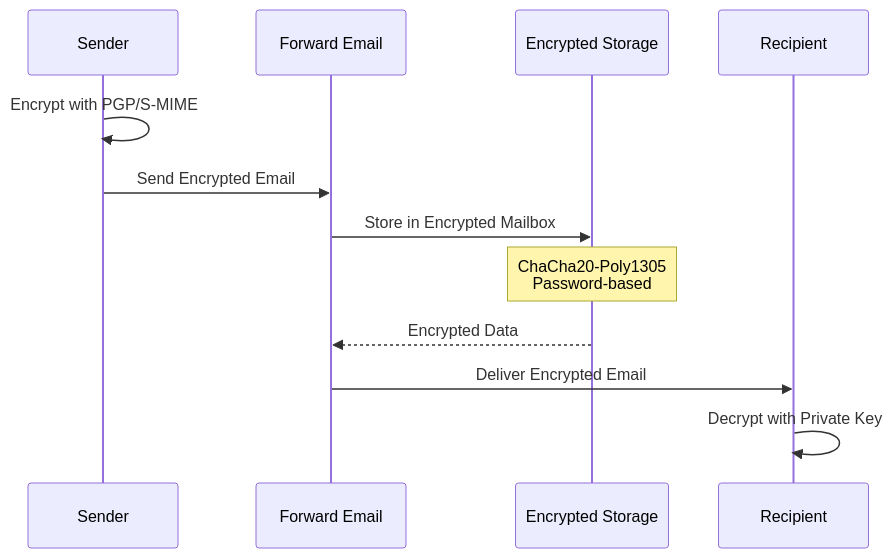
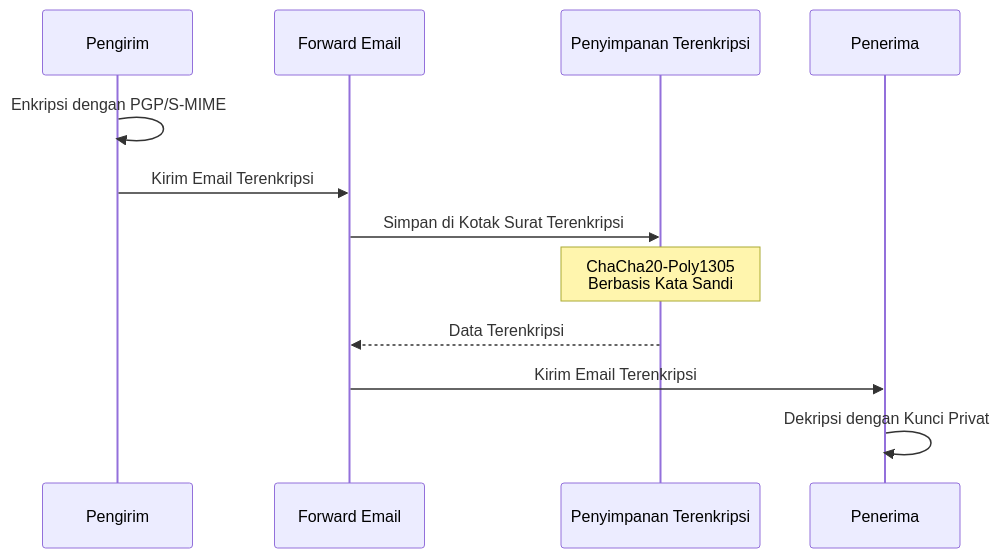
Before and after one commit to forwardemail/forwardemail.net: the seventh of 16 diagrams in app/views/docs/email-protocols-rfc-compliance-imap-smtp-pop3-comparison/index-id.md, drawn with Mermaid. The commit also changed other lines of this file and 1055 other files, not shown here.

````diff
--- a/app/views/docs/email-protocols-rfc-compliance-imap-smtp-pop3-comparison/index-id.md
+++ b/app/views/docs/email-protocols-rfc-compliance-imap-smtp-pop3-comparison/index-id.md
@@ -896,15 +888,15 @@
 ```mermaid
 sequenceDiagram
-    participant Sender as Sender
+    participant Sender as Pengirim
     participant FE as Forward Email
-    participant Storage as Encrypted Storage
-    participant Recipient as Recipient
+    participant Storage as Penyimpanan Terenkripsi
+    participant Recipient as Penerima
 
-    Sender->>Sender: Encrypt with PGP/S-MIME
-    Sender->>FE: Send Encrypted Email
-    FE->>Storage: Store in Encrypted Mailbox
-    Note over Storage: ChaCha20-Poly1305<br/>Password-based
-    Storage-->>FE: Encrypted Data
-    FE->>Recipient: Deliver Encrypted Email
-    Recipient->>Recipient: Decrypt with Private Key
+    Sender->>Sender: Enkripsi dengan PGP/S-MIME
+    Sender->>FE: Kirim Email Terenkripsi
+    FE->>Storage: Simpan di Kotak Surat Terenkripsi
+    Note over Storage: ChaCha20-Poly1305<br/>Berbasis Kata Sandi
+    Storage-->>FE: Data Terenkripsi
+    FE->>Recipient: Kirim Email Terenkripsi
+    Recipient->>Recipient: Dekripsi dengan Kunci Privat
 ```
````
